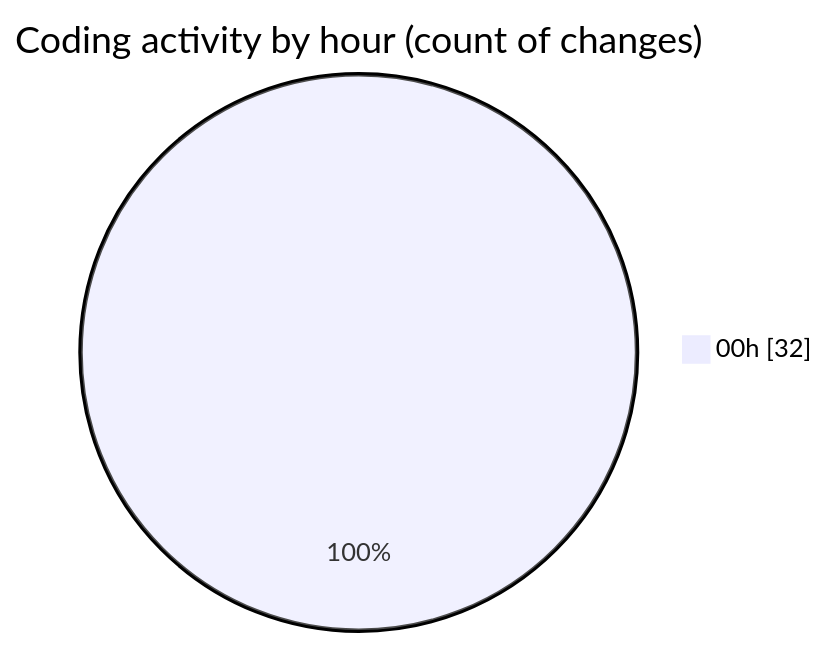
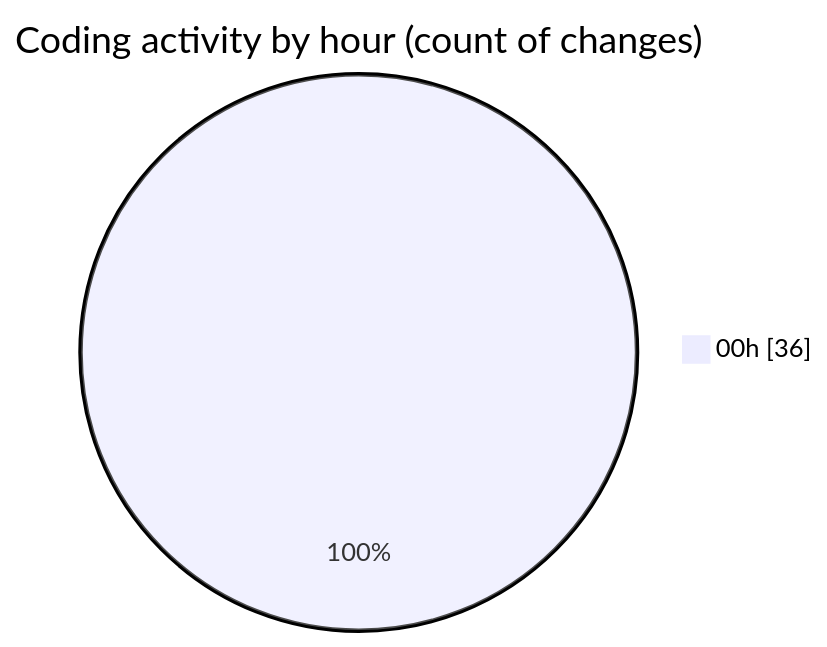
Before and after one commit to lephambinh05/code-tracking: the second of 2 diagrams in 2025-07-27/quanlyrapchieuphim-1/README.md, drawn with Mermaid. The commit also changed other lines of this file and 1 other file, not shown here.

````diff
--- a/2025-07-27/quanlyrapchieuphim-1/README.md
+++ b/2025-07-27/quanlyrapchieuphim-1/README.md
@@ -40,5 +42,5 @@
 ```mermaid
 pie showData
 title Coding activity by hour (count of changes)
-"00h" : 32
+"00h" : 36
 ```
````
